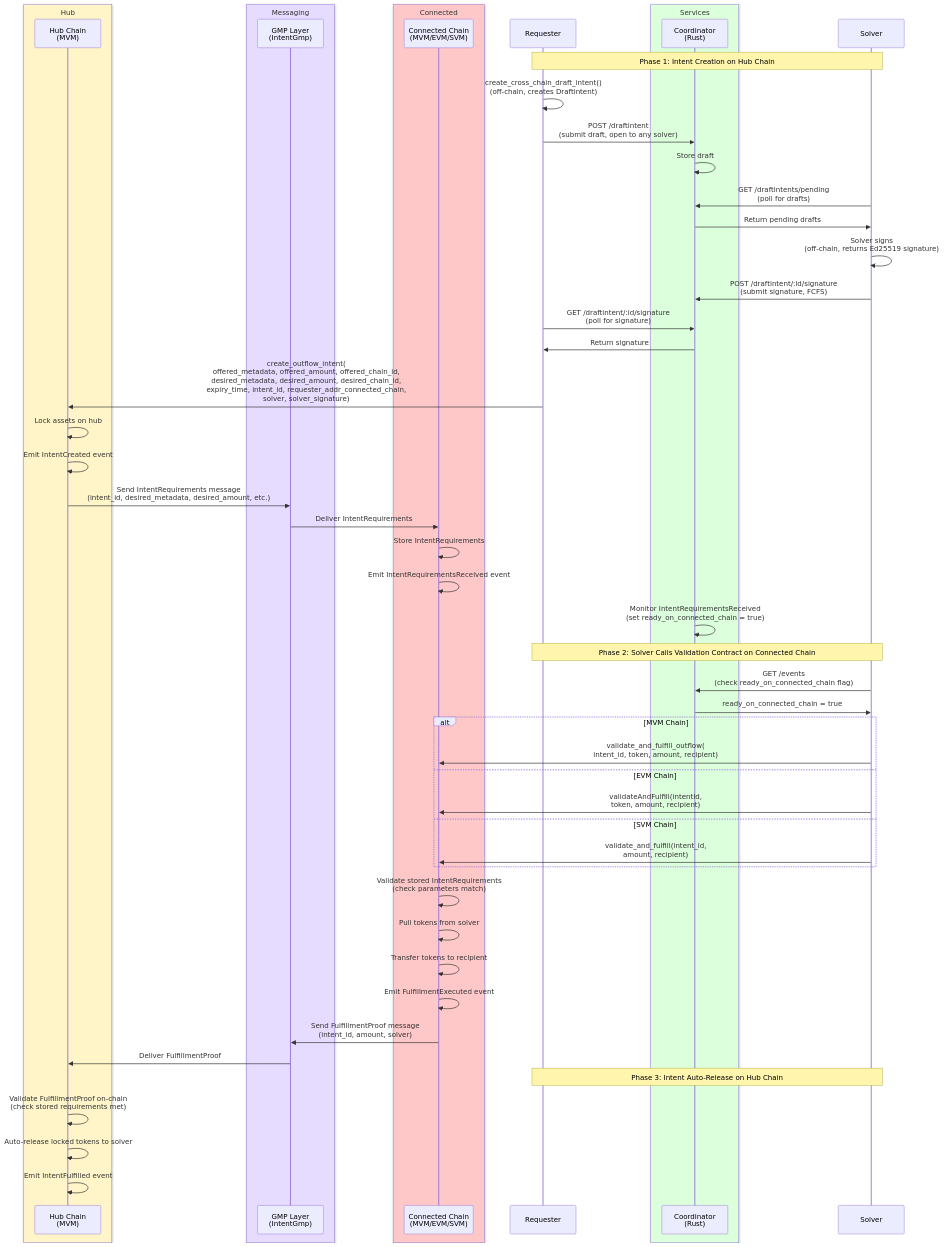
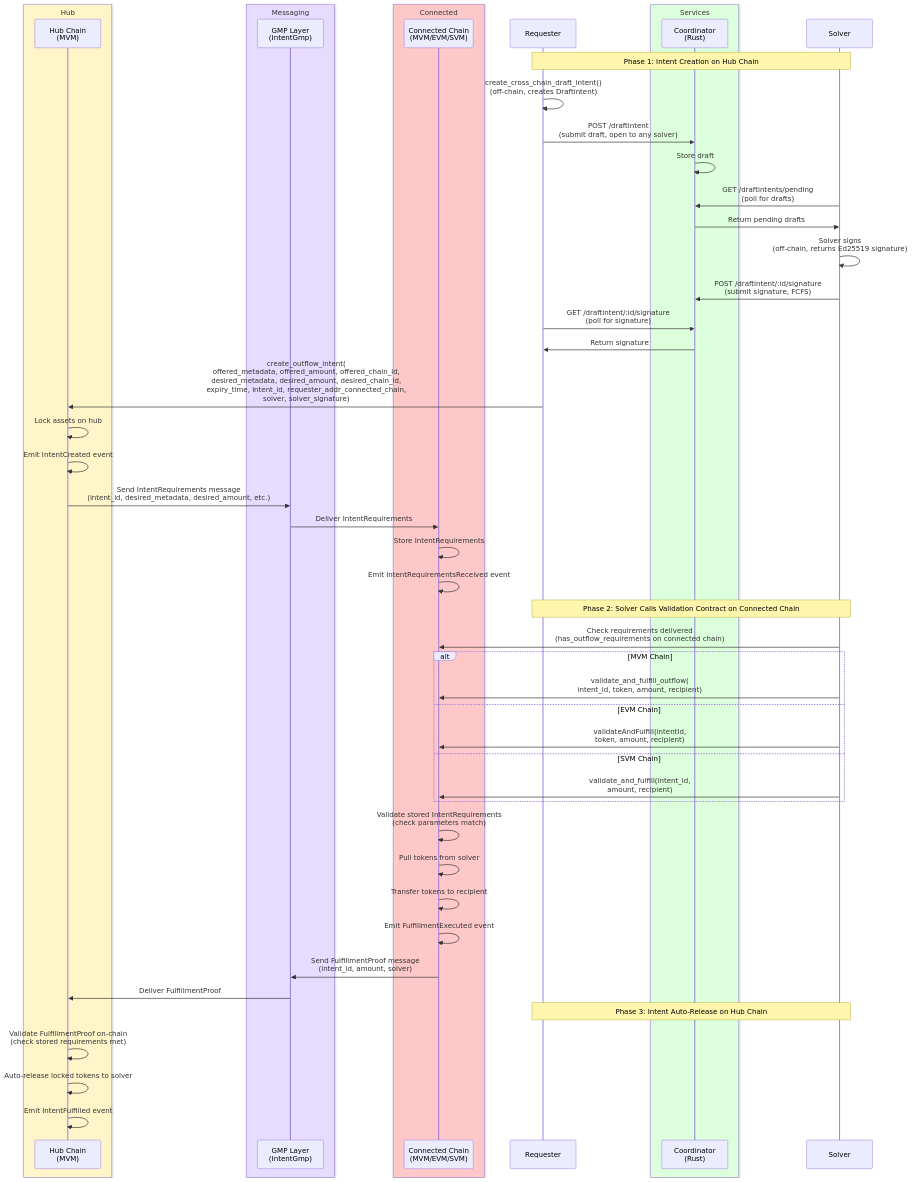
The third of 3 diagrams in docs/protocol.md (apenzk/int3nts), drawn with Mermaid before and after one commit. The commit also changed other lines of this file and 86 other files, not shown here.

````diff
--- a/docs/protocol.md
+++ b/docs/protocol.md
@@ -175,58 +168,56 @@
 ```mermaid
 sequenceDiagram
     box rgb(255, 245, 200) Hub
     participant Hub as Hub Chain<br/>(MVM)
     end
     box rgb(230, 220, 255) Messaging
     participant GMP as GMP Layer<br/>(IntentGmp)
     end
     box rgb(255, 200, 200) Connected
     participant Connected as Connected Chain<br/>(MVM/EVM/SVM)
     end
     participant Requester
     box rgb(220, 255, 220) Services
     participant Coordinator as Coordinator<br/>(Rust)
     end
     participant Solver
 
     Note over Requester,Solver: Phase 1: Intent Creation on Hub Chain
     Requester->>Requester: create_cross_chain_draft_intent()<br/>(off-chain, creates Draftintent)
     Requester->>Coordinator: POST /draftintent<br/>(submit draft, open to any solver)
     Coordinator->>Coordinator: Store draft
     Solver->>Coordinator: GET /draftintents/pending<br/>(poll for drafts)
     Coordinator->>Solver: Return pending drafts
     Solver->>Solver: Solver signs<br/>(off-chain, returns Ed25519 signature)
     Solver->>Coordinator: POST /draftintent/:id/signature<br/>(submit signature, FCFS)
     Requester->>Coordinator: GET /draftintent/:id/signature<br/>(poll for signature)
     Coordinator->>Requester: Return signature
     Requester->>Hub: create_outflow_intent(<br/>offered_metadata, offered_amount, offered_chain_id,<br/>desired_metadata, desired_amount, desired_chain_id,<br/>expiry_time, intent_id, requester_addr_connected_chain,<br/>solver, solver_signature)
     Hub->>Hub: Lock assets on hub
     Hub->>Hub: Emit IntentCreated event
     Hub->>GMP: Send IntentRequirements message<br/>(intent_id, desired_metadata, desired_amount, etc.)
     GMP->>Connected: Deliver IntentRequirements
     Connected->>Connected: Store IntentRequirements
     Connected->>Connected: Emit IntentRequirementsReceived event
-    Coordinator->>Coordinator: Monitor IntentRequirementsReceived<br/>(set ready_on_connected_chain = true)
 
     Note over Requester,Solver: Phase 2: Solver Calls Validation Contract on Connected Chain
-    Solver->>Coordinator: GET /events<br/>(check ready_on_connected_chain flag)
-    Coordinator->>Solver: ready_on_connected_chain = true
+    Solver->>Connected: Check requirements delivered<br/>(has_outflow_requirements on connected chain)
     alt MVM Chain
         Solver->>Connected: validate_and_fulfill_outflow(<br/>intent_id, token, amount, recipient)
     else EVM Chain
         Solver->>Connected: validateAndFulfill(intentId,<br/>token, amount, recipient)
     else SVM Chain
         Solver->>Connected: validate_and_fulfill(intent_id,<br/>amount, recipient)
     end
     Connected->>Connected: Validate stored IntentRequirements<br/>(check parameters match)
     Connected->>Connected: Pull tokens from solver
     Connected->>Connected: Transfer tokens to recipient
     Connected->>Connected: Emit FulfillmentExecuted event
     Connected->>GMP: Send FulfillmentProof message<br/>(intent_id, amount, solver)
     GMP->>Hub: Deliver FulfillmentProof
 
     Note over Requester,Solver: Phase 3: Intent Auto-Release on Hub Chain
     Hub->>Hub: Validate FulfillmentProof on-chain<br/>(check stored requirements met)
     Hub->>Hub: Auto-release locked tokens to solver
     Hub->>Hub: Emit IntentFulfilled event
 ```
````
